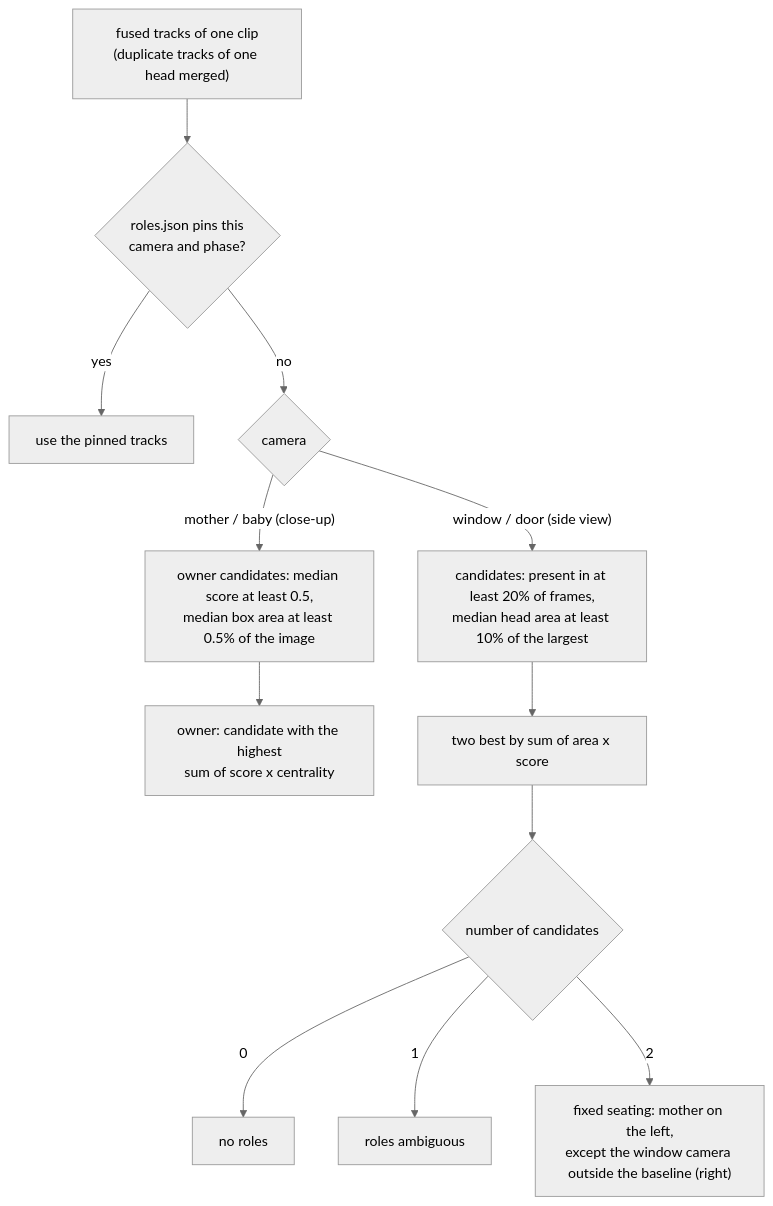
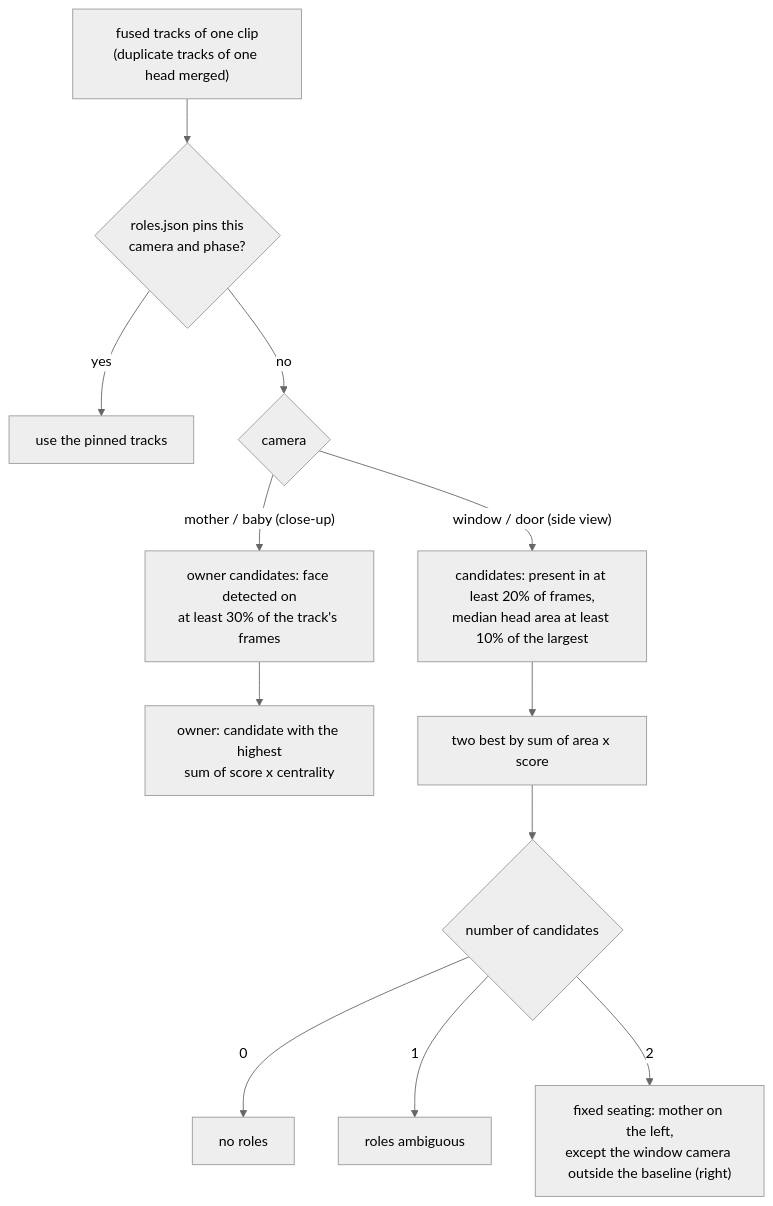
One commit to fodorad/StillFace changed the diagram in docs/mermaid/role_assignment.mmd. Above: the diagram before and after it, drawn with Mermaid (neutral theme). The commit also changed 23 other files, not shown here.

Commit message:
feat(gaze): face-confirmed close-camera owners and face visibility flag

```diff
--- a/docs/mermaid/role_assignment.mmd
+++ b/docs/mermaid/role_assignment.mmd
@@ -1,12 +1,12 @@
 flowchart TD
     S["fused tracks of one clip<br/>(duplicate tracks of one head merged)"] --> O{"roles.json pins this<br/>camera and phase?"}
     O -- yes --> P["use the pinned tracks"]
     O -- no --> K{"camera"}
-    K -- "mother / baby (close-up)" --> C1["owner candidates: median score at least 0.5,<br/>median box area at least 0.5% of the image"]
+    K -- "mother / baby (close-up)" --> C1["owner candidates: face detected on<br/>at least 30% of the track's frames"]
     C1 --> CL["owner: candidate with the highest<br/>sum of score x centrality"]
     K -- "window / door (side view)" --> F1["candidates: present in at least 20% of frames,<br/>median head area at least 10% of the largest"]
     F1 --> T2["two best by sum of area x score"]
     T2 --> N{"number of candidates"}
     N -- "0" --> X0["no roles"]
     N -- "1" --> X1["roles ambiguous"]
     N -- "2" --> SP["fixed seating: mother on the left,<br/>except the window camera outside the baseline (right)"]
```
